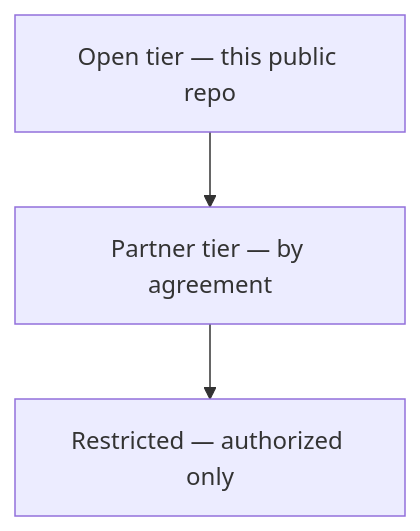
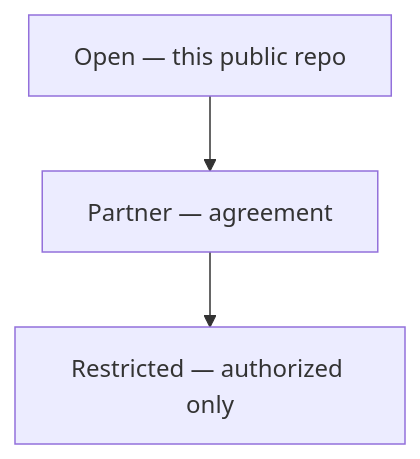
One commit to Midwest-Stratospheric/aerostratospheric-defense-gir changed the diagram in README.md. Above: the diagram before and after it, drawn with Mermaid. The commit also changed other lines of this file, not shown here.

Commit message:
docs: embed live SVG visual charts in README (render on GitHub)

````diff
--- a/README.md
+++ b/README.md
@@ -50,7 +65,4 @@
 ```mermaid
 flowchart TB
-  O["Open tier — this public repo"]
-  P["Partner tier — by agreement"]
-  R["Restricted — authorized only"]
-  O --> P --> R
+  O["Open — this public repo"] --> P["Partner — agreement"] --> R["Restricted — authorized only"]
 ```
````
